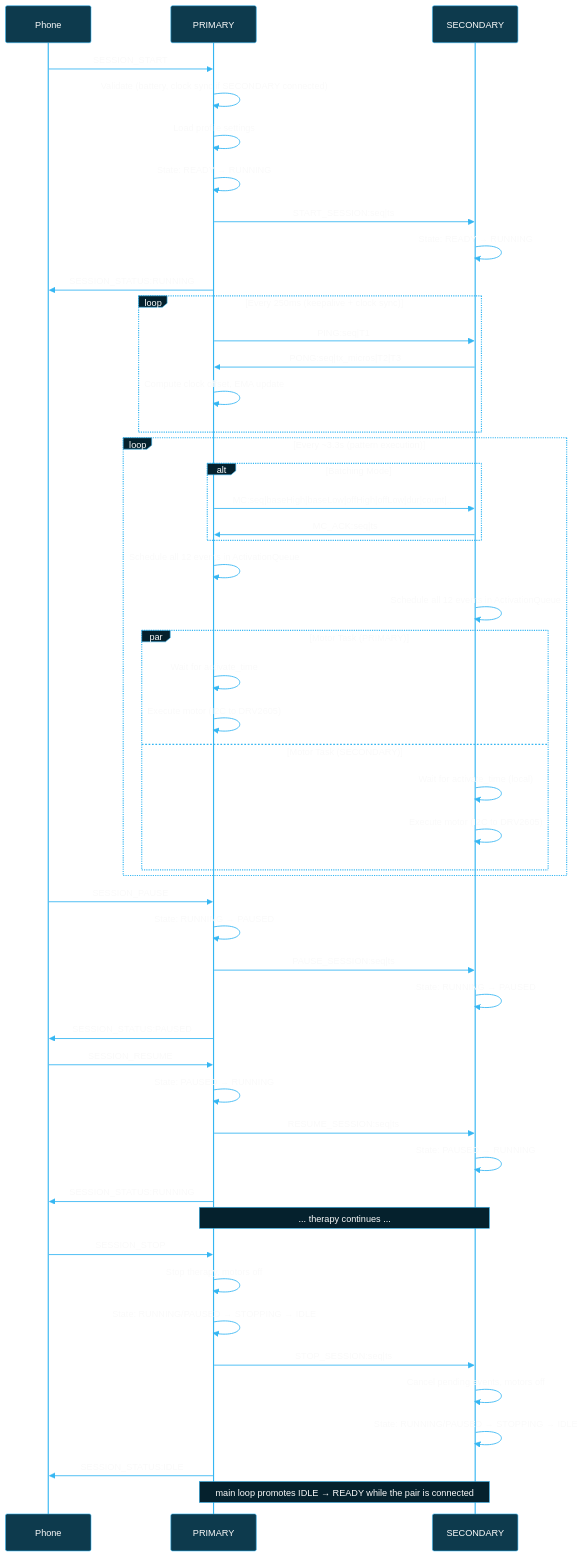
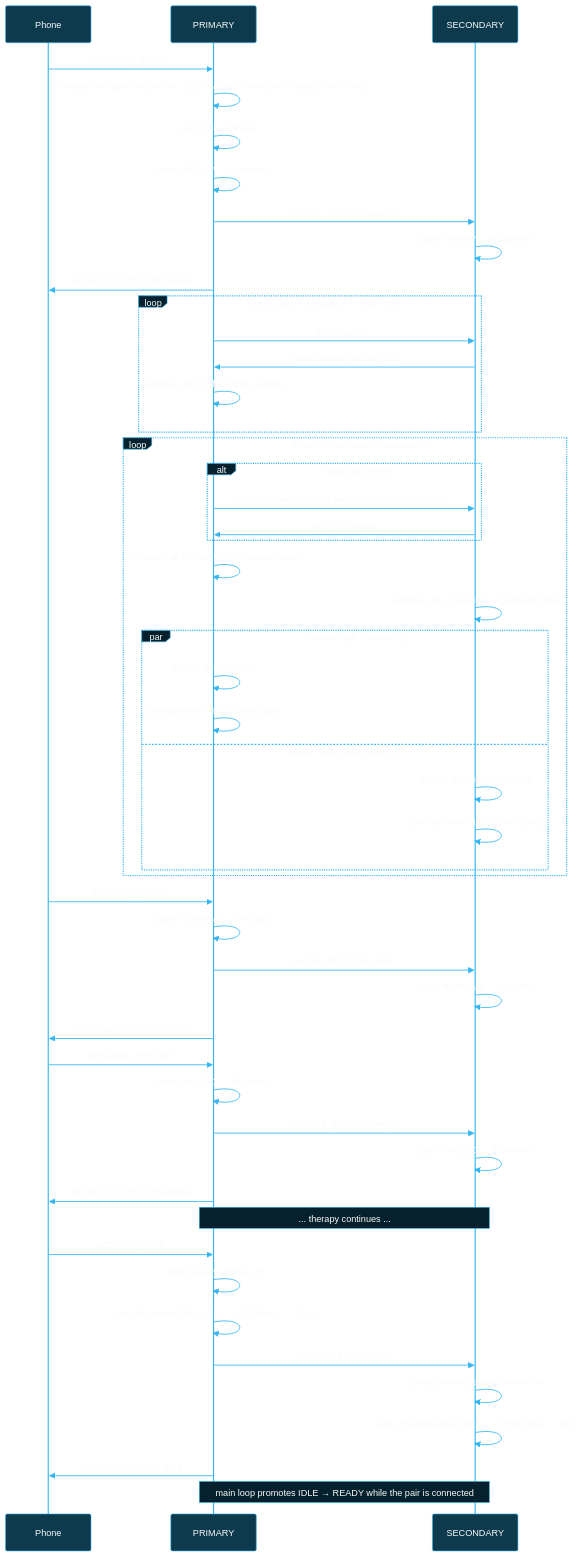
Before and after one commit to BlueBuzzah/BlueBuzzah-Firmware: diagram 11 of 11 in docs/THERAPY_SESSION_FLOW.md, drawn with Mermaid. The commit also changed other lines of this file and 7 other files, not shown here.

```diff
--- a/docs/THERAPY_SESSION_FLOW.md
+++ b/docs/THERAPY_SESSION_FLOW.md
@@ -760,7 +762,7 @@
     participant S as SECONDARY
 
     Ph->>P: SESSION_START
-    P->>P: Validate (battery, clock sync if SECONDARY connected)
+    P->>P: Validate (no glove in ERROR, SECONDARY connected, battery, clock sync)
 
     P->>P: Load profile settings
     P->>P: State: READY → RUNNING
```
